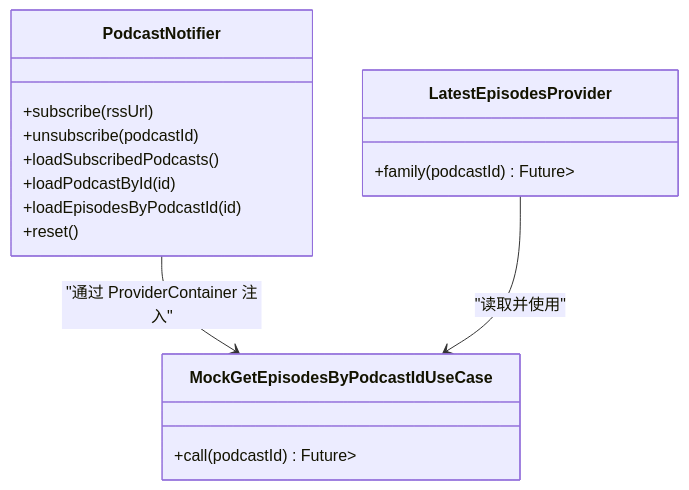
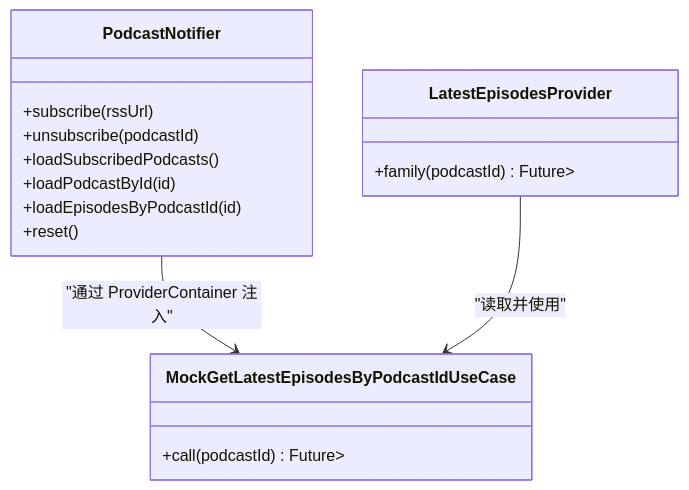
The fifth of 8 diagrams in .qoder/repowiki/zh/content/架构设计/设计模式应用/Provider Pattern（提供者模式）/Provider 测试策略.md (ZTfer/Tinycast), drawn with Mermaid before and after one commit. The commit also changed other lines of this file and 7 other files, not shown here.

````diff
--- a/.qoder/repowiki/zh/content/架构设计/设计模式应用/Provider Pattern（提供者模式）/Provider 测试策略.md
+++ b/.qoder/repowiki/zh/content/架构设计/设计模式应用/Provider Pattern（提供者模式）/Provider 测试策略.md
@@ -169,19 +226,19 @@
 ```mermaid
 classDiagram
 class PodcastNotifier {
 +subscribe(rssUrl)
 +unsubscribe(podcastId)
 +loadSubscribedPodcasts()
 +loadPodcastById(id)
 +loadEpisodesByPodcastId(id)
 +reset()
 }
 class LatestEpisodesProvider {
 +family(podcastId) Future<List<Episode>>
 }
-class MockGetEpisodesByPodcastIdUseCase {
+class MockGetLatestEpisodesByPodcastIdUseCase {
 +call(podcastId) Future<List<Episode>>
 }
-PodcastNotifier --> MockGetEpisodesByPodcastIdUseCase : "通过 ProviderContainer 注入"
-LatestEpisodesProvider --> MockGetEpisodesByPodcastIdUseCase : "读取并使用"
+PodcastNotifier --> MockGetLatestEpisodesByPodcastIdUseCase : "通过 ProviderContainer 注入"
+LatestEpisodesProvider --> MockGetLatestEpisodesByPodcastIdUseCase : "读取并使用"
 ```
````
